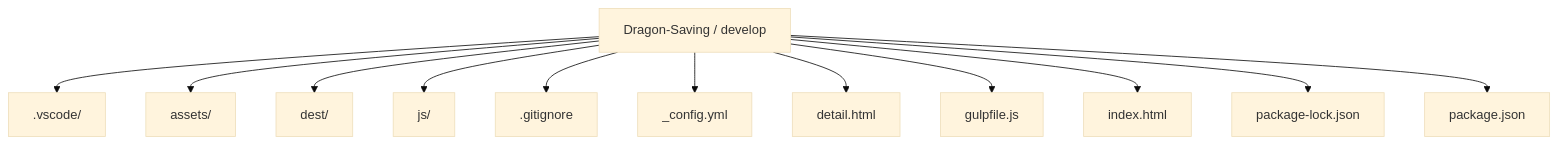
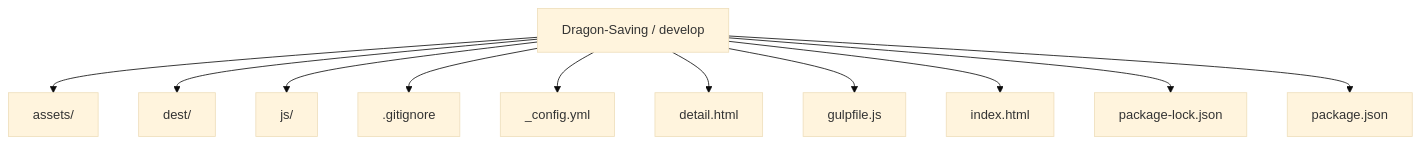
Before and after one commit to Nischhalsubba/Dragon-Saving: the first of 5 diagrams in README.md, drawn with Mermaid (base theme). The commit also changed other lines of this file, not shown here.

````diff
--- a/README.md
+++ b/README.md
@@ -23,15 +66,14 @@
 ```mermaid
 flowchart TD
     ROOT["Dragon-Saving / develop"]
-    ROOT --> P0[".vscode/"]
-    ROOT --> P1["assets/"]
-    ROOT --> P2["dest/"]
-    ROOT --> P3["js/"]
-    ROOT --> P4[".gitignore"]
-    ROOT --> P5["_config.yml"]
-    ROOT --> P6["detail.html"]
-    ROOT --> P7["gulpfile.js"]
-    ROOT --> P8["index.html"]
-    ROOT --> P9["package-lock.json"]
-    ROOT --> P10["package.json"]
+    ROOT --> P0["assets/"]
+    ROOT --> P1["dest/"]
+    ROOT --> P2["js/"]
+    ROOT --> P3[".gitignore"]
+    ROOT --> P4["_config.yml"]
+    ROOT --> P5["detail.html"]
+    ROOT --> P6["gulpfile.js"]
+    ROOT --> P7["index.html"]
+    ROOT --> P8["package-lock.json"]
+    ROOT --> P9["package.json"]
 ```
````
